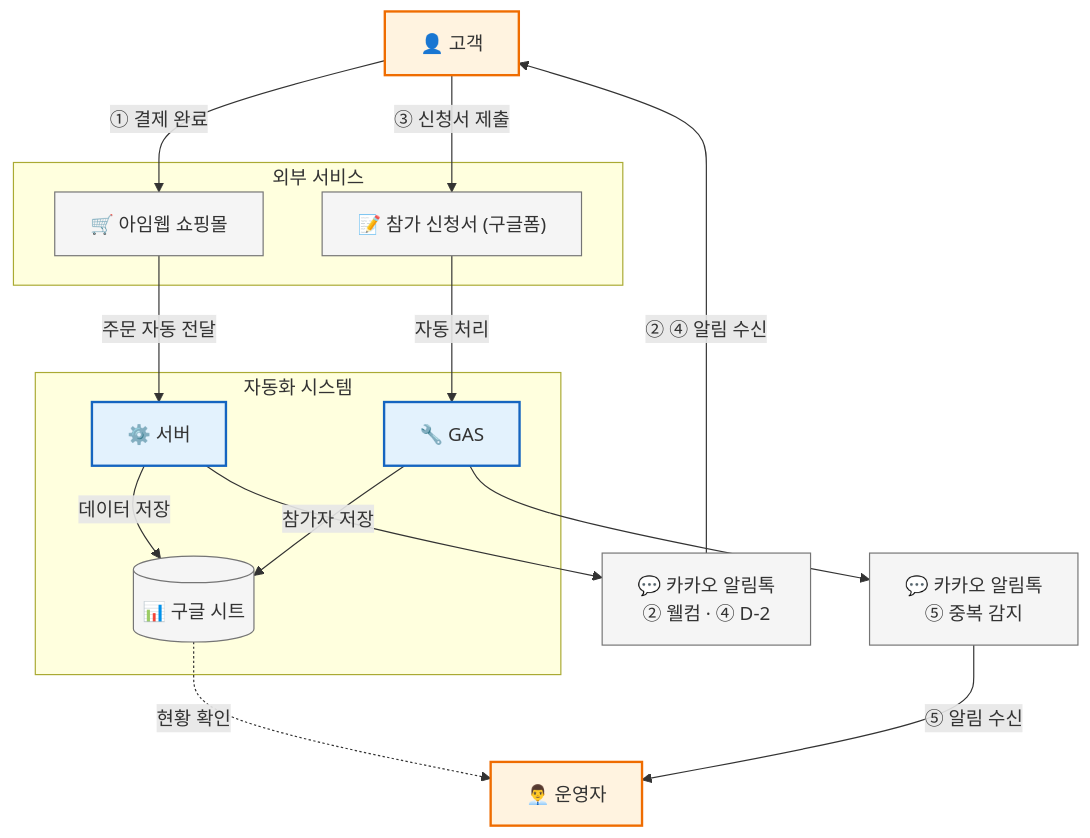
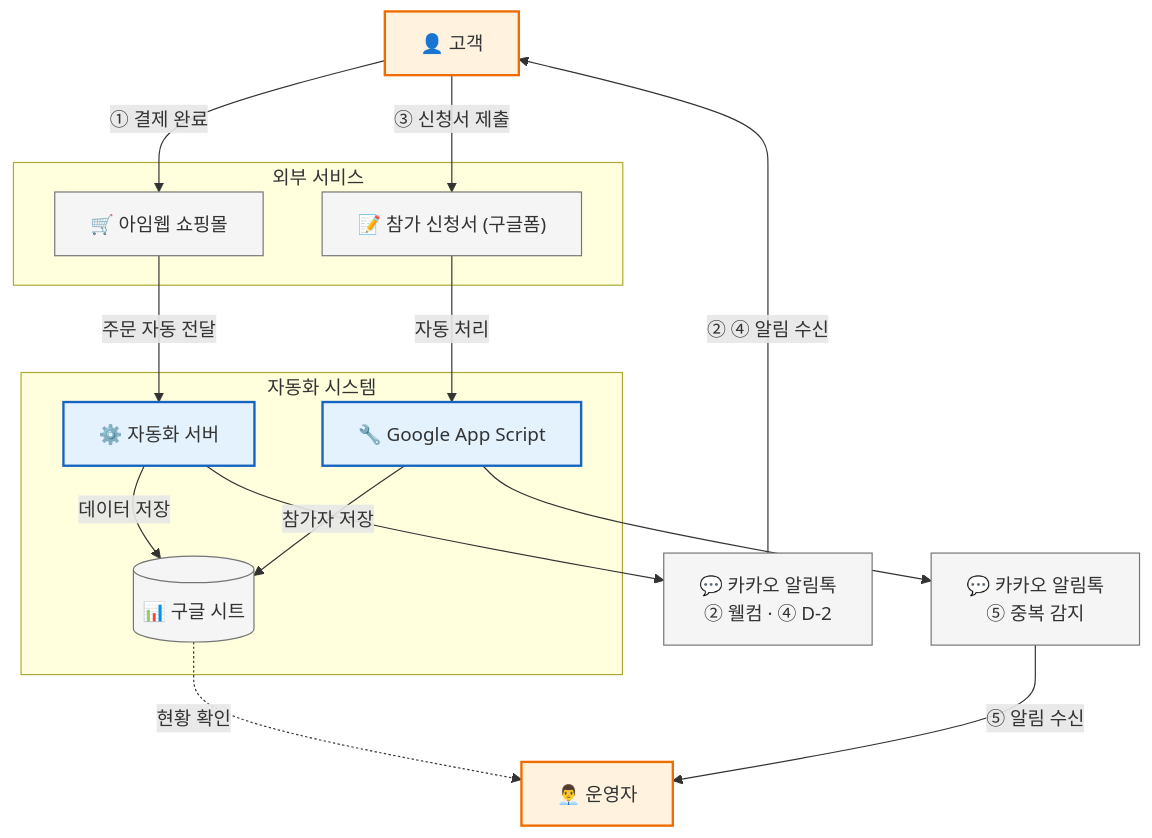
One commit to 2BeeDevStudio/portfolio changed the first of 2 diagrams in imweb-automation/README.md. Above: the diagram before and after it, drawn with Mermaid. The commit also changed other lines of this file, not shown here.

Commit message:
fix: 서비스 흐름 다이어그램 노드 텍스트 수정

````diff
--- a/imweb-automation/README.md
+++ b/imweb-automation/README.md
@@ -21,36 +21,36 @@
 ```mermaid
 graph TD
     classDef actor fill:#fff3e0,stroke:#ef6c00,stroke-width:2px
     classDef system fill:#f5f5f5,stroke:#757575,stroke-width:1px
     classDef highlight fill:#e3f2fd,stroke:#1565c0,stroke-width:2px
 
     Customer["👤 고객"]:::actor
     Admin["👨‍💼 운영자"]:::actor
 
     subgraph External["외부 서비스"]
         Imweb["🛒 아임웹 쇼핑몰"]:::system
         GForm["📝 참가 신청서 (구글폼)"]:::system
     end
 
     subgraph Core["자동화 시스템"]
-        Server["⚙️ 서버"]:::highlight
-        GAS["🔧 GAS"]:::highlight
+        Server["⚙️ 자동화 서버"]:::highlight
+        GAS["🔧 Google App Script"]:::highlight
         GSheets[("📊 구글 시트")]:::system
     end
 
     Aligo1["💬 카카오 알림톡\n② 웰컴 · ④ D-2"]:::system
     Aligo2["💬 카카오 알림톡\n⑤ 중복 감지"]:::system
 
     Customer -->|"① 결제 완료"| Imweb
     Imweb -->|"주문 자동 전달"| Server
     Server -->|"데이터 저장"| GSheets
     Server --> Aligo1
     Aligo1 -->|"② ④ 알림 수신"| Customer
 
     Customer -->|"③ 신청서 제출"| GForm
     GForm -->|"자동 처리"| GAS
     GAS -->|"참가자 저장"| GSheets
     GAS --> Aligo2
     Aligo2 -->|"⑤ 알림 수신"| Admin
     GSheets -.->|"현황 확인"| Admin
 ```
````
